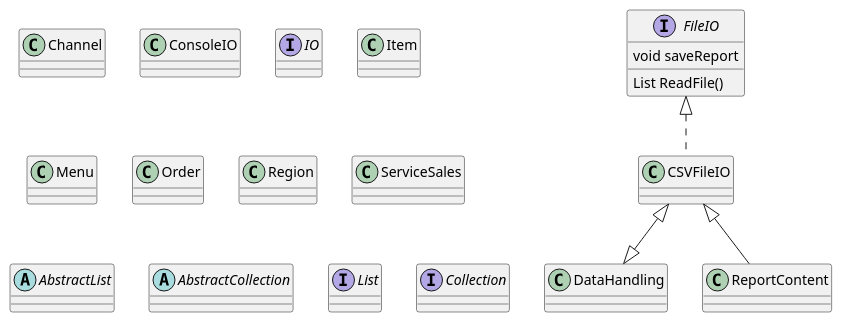
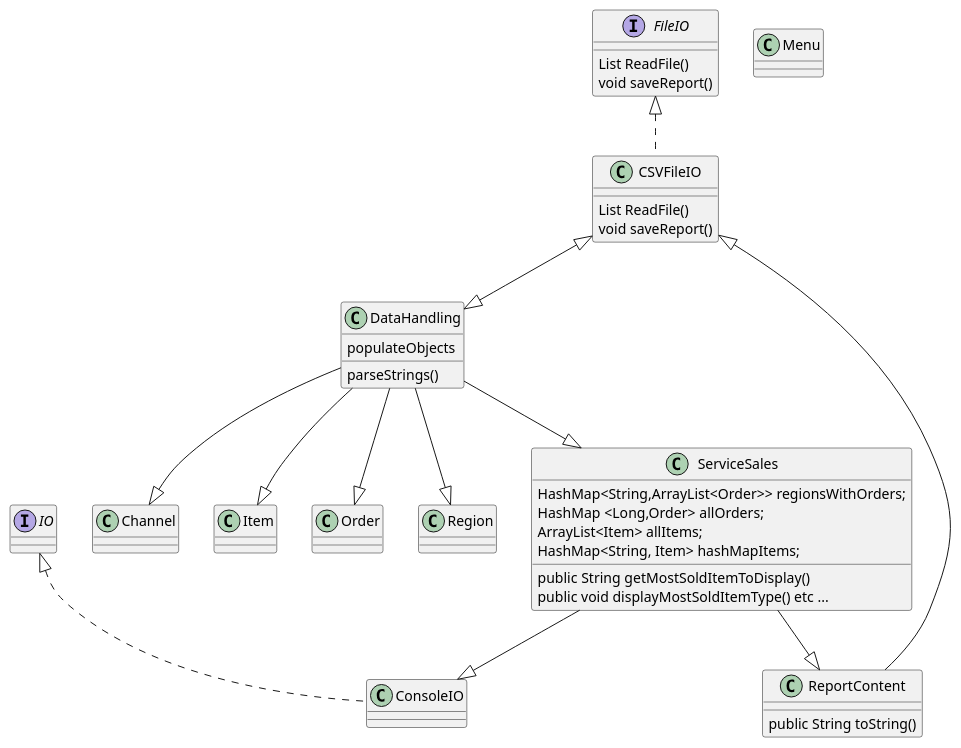
One commit to TomForsell/ReskillAssignmentOne changed the diagram in design/ReskillAssignmentOne - Svetlana & Tom.puml. Above: the diagram before and after it, drawn with PlantUML.

Commit message:
Starting with drawing UML

```diff
--- a/design/ReskillAssignmentOne - Svetlana & Tom.puml
+++ b/design/ReskillAssignmentOne - Svetlana & Tom.puml
@@ -1,30 +1,46 @@
 @startuml
 'https://plantuml.com/class-diagram
 
 class Channel
-class ConsoleIO
-class CSVFileIO implements FileIO
-class DataHandling
+class ConsoleIO implements IO
+class CSVFileIO implements FileIO{
+List ReadFile()
+void saveReport()
+}
+class DataHandling{
+parseStrings()
+populateObjects
+}
 interface FileIO{
 List ReadFile()
-void saveReport
+void saveReport()
 }
 
 interface IO
 class Item
 class Menu
 class Order
 class Region
-class ReportContent
-class ServiceSales
+class ReportContent{
+public String toString()
+}
+class ServiceSales{
+ HashMap<String,ArrayList<Order>> regionsWithOrders;
+ HashMap <Long,Order> allOrders;
+ ArrayList<Item> allItems;
+ HashMap<String, Item> hashMapItems;
+  public String getMostSoldItemToDisplay()
+  public void displayMostSoldItemType() etc ...
+}
 
-abstract class AbstractList
-abstract AbstractCollection
-interface List
-interface Collection
 
 CSVFileIO <|-- ReportContent
 CSVFileIO <|--|> DataHandling
-
-
+DataHandling --|> Order
+DataHandling --|> ServiceSales
+DataHandling --|> Region
+DataHandling --|> Item
+DataHandling --|> Channel
+ServiceSales --|> ReportContent
+ServiceSales --|> ConsoleIO
 @enduml
```
